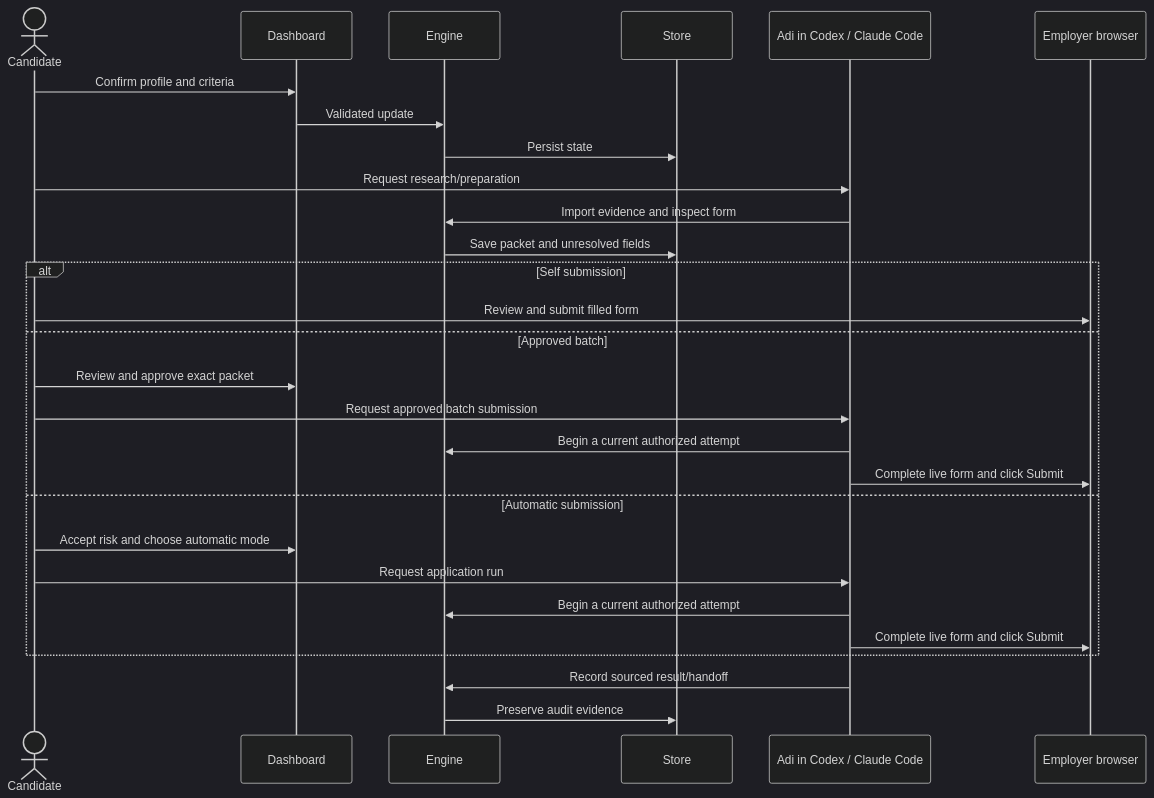
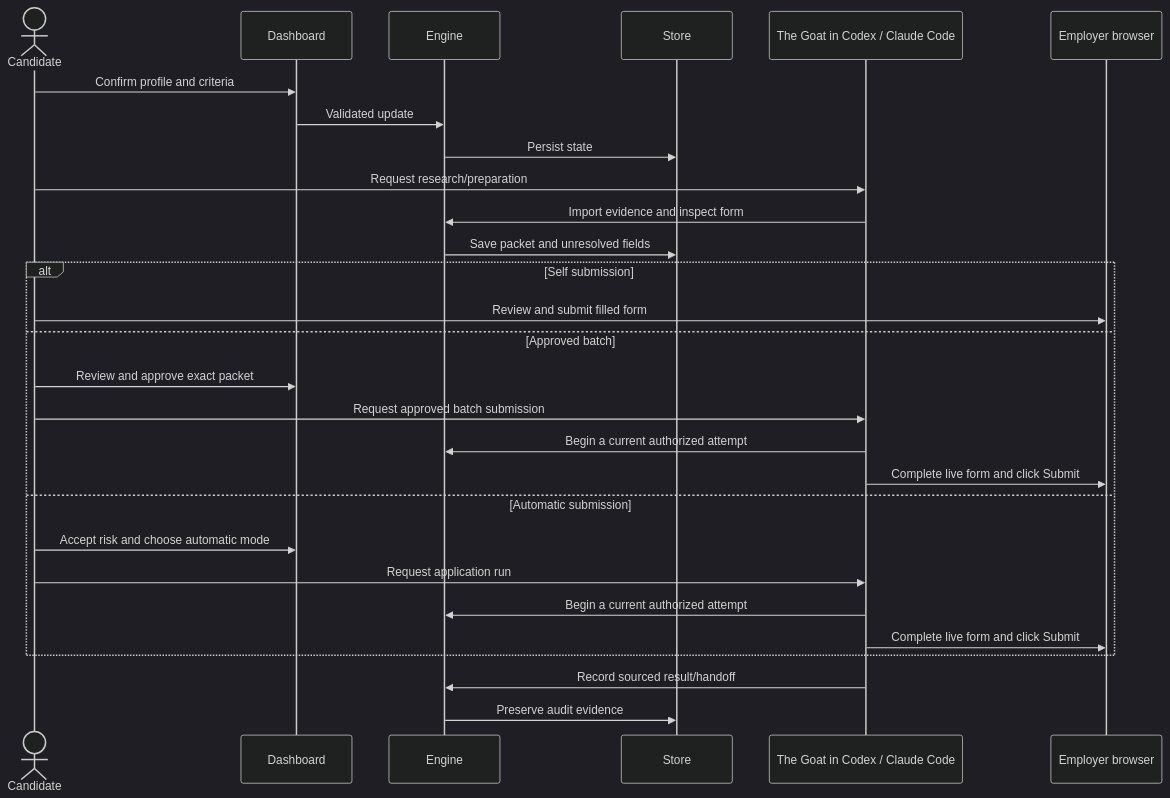
One commit to AdiRosenstock/career-agent-public changed the first of 2 diagrams in docs/ARCHITECTURE.md. Above: the diagram before and after it, drawn with Mermaid (dark theme). The commit also changed other lines of this file and 16 other files, not shown here.

````diff
--- a/docs/ARCHITECTURE.md
+++ b/docs/ARCHITECTURE.md
@@ -26,30 +26,30 @@
 ```mermaid
 sequenceDiagram
     actor Candidate
     participant UI as Dashboard
     participant Engine
     participant Store
-    participant Agent as Adi in Codex / Claude Code
+    participant Agent as The Goat in Codex / Claude Code
     participant ATS as Employer browser
     Candidate->>UI: Confirm profile and criteria
     UI->>Engine: Validated update
     Engine->>Store: Persist state
     Candidate->>Agent: Request research/preparation
     Agent->>Engine: Import evidence and inspect form
     Engine->>Store: Save packet and unresolved fields
     alt Self submission
         Candidate->>ATS: Review and submit filled form
     else Approved batch
         Candidate->>UI: Review and approve exact packet
         Candidate->>Agent: Request approved batch submission
         Agent->>Engine: Begin a current authorized attempt
         Agent->>ATS: Complete live form and click Submit
     else Automatic submission
         Candidate->>UI: Accept risk and choose automatic mode
         Candidate->>Agent: Request application run
         Agent->>Engine: Begin a current authorized attempt
         Agent->>ATS: Complete live form and click Submit
     end
     Agent->>Engine: Record sourced result/handoff
     Engine->>Store: Preserve audit evidence
 ```
````
